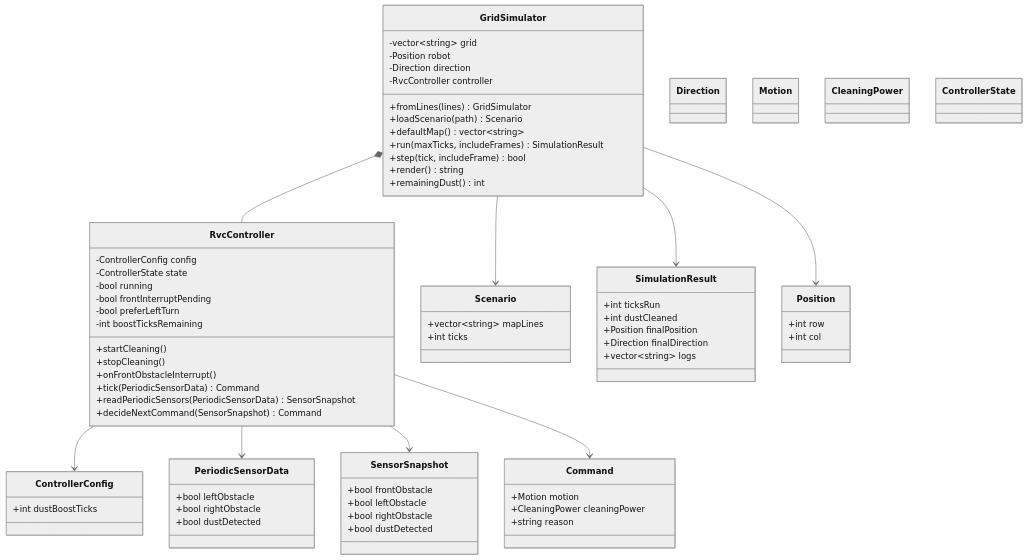
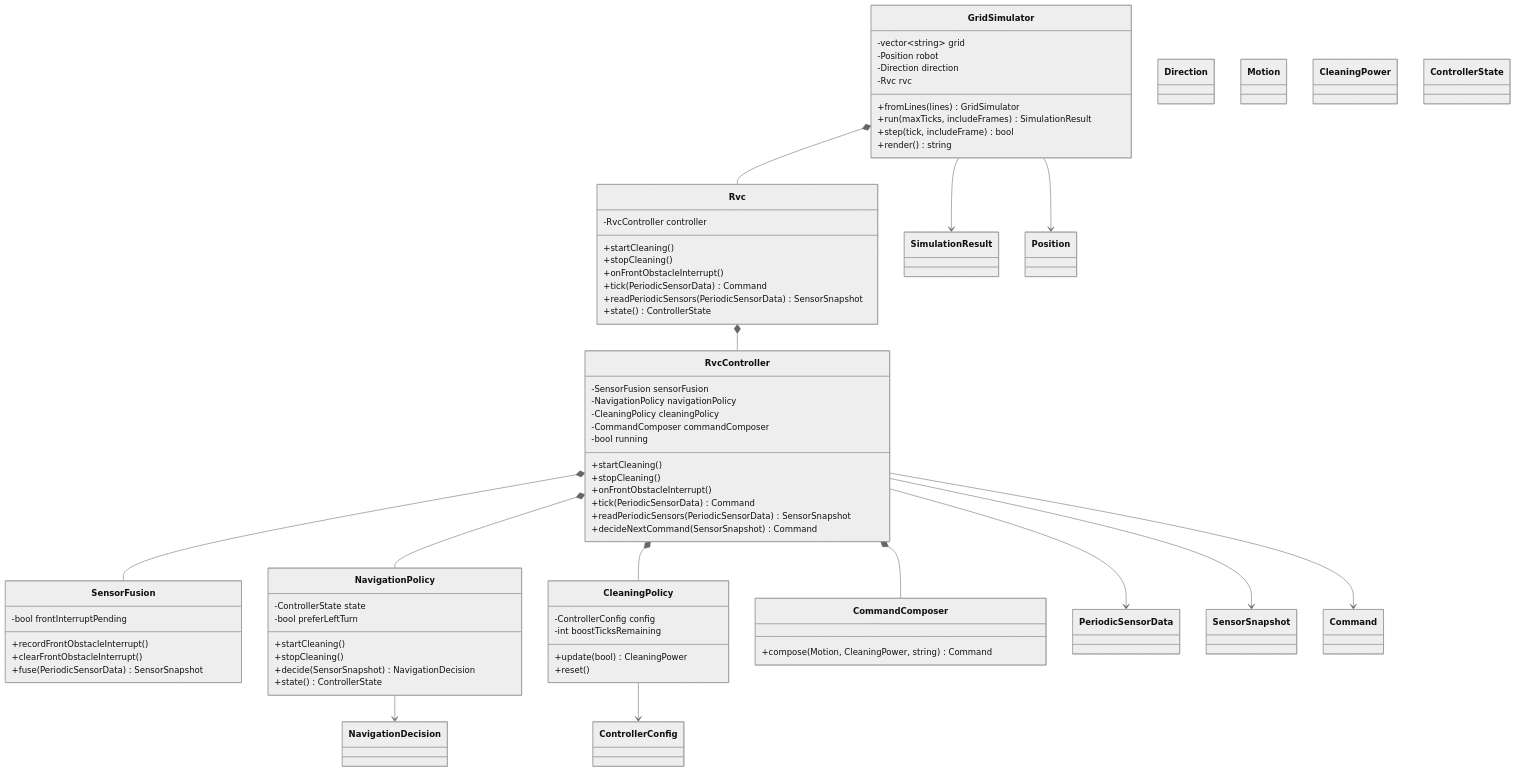
One commit to reload02/ooad-vibe changed the diagram in docs/ood_class_diagram.md. Above: the diagram before and after it, drawn with Mermaid (neutral theme). The commit also changed other lines of this file and 18 other files, not shown here.

First line of the commit message:
Refactor RVC architecture to enhance modularity and maintainability

````diff
--- a/docs/ood_class_diagram.md
+++ b/docs/ood_class_diagram.md
@@ -5,12 +5,21 @@
 ```mermaid
 classDiagram
+    class Rvc {
+        -RvcController controller
+        +startCleaning()
+        +stopCleaning()
+        +onFrontObstacleInterrupt()
+        +tick(PeriodicSensorData) Command
+        +readPeriodicSensors(PeriodicSensorData) SensorSnapshot
+        +state() ControllerState
+    }
+
     class RvcController {
-        -ControllerConfig config
-        -ControllerState state
+        -SensorFusion sensorFusion
+        -NavigationPolicy navigationPolicy
+        -CleaningPolicy cleaningPolicy
+        -CommandComposer commandComposer
         -bool running
-        -bool frontInterruptPending
-        -bool preferLeftTurn
-        -int boostTicksRemaining
         +startCleaning()
         +stopCleaning()
         +onFrontObstacleInterrupt()
@@ -19,72 +28,67 @@
         +decideNextCommand(SensorSnapshot) Command
     }
 
-    class ControllerConfig {
-        +int dustBoostTicks
+    class SensorFusion {
+        -bool frontInterruptPending
+        +recordFrontObstacleInterrupt()
+        +clearFrontObstacleInterrupt()
+        +fuse(PeriodicSensorData) SensorSnapshot
     }
 
-    class PeriodicSensorData {
-        +bool leftObstacle
-        +bool rightObstacle
-        +bool dustDetected
+    class NavigationPolicy {
+        -ControllerState state
+        -bool preferLeftTurn
+        +startCleaning()
+        +stopCleaning()
+        +decide(SensorSnapshot) NavigationDecision
+        +state() ControllerState
     }
 
-    class SensorSnapshot {
-        +bool frontObstacle
-        +bool leftObstacle
-        +bool rightObstacle
-        +bool dustDetected
+    class CleaningPolicy {
+        -ControllerConfig config
+        -int boostTicksRemaining
+        +update(bool) CleaningPower
+        +reset()
     }
 
-    class Command {
-        +Motion motion
-        +CleaningPower cleaningPower
-        +string reason
+    class CommandComposer {
+        +compose(Motion, CleaningPower, string) Command
     }
 
     class GridSimulator {
         -vector~string~ grid
         -Position robot
         -Direction direction
-        -RvcController controller
+        -Rvc rvc
         +fromLines(lines) GridSimulator
-        +loadScenario(path) Scenario
-        +defaultMap() vector~string~
         +run(maxTicks, includeFrames) SimulationResult
         +step(tick, includeFrame) bool
         +render() string
-        +remainingDust() int
     }
 
-    class Scenario {
-        +vector~string~ mapLines
-        +int ticks
-    }
-
-    class SimulationResult {
-        +int ticksRun
-        +int dustCleaned
-        +Position finalPosition
-        +Direction finalDirection
-        +vector~string~ logs
-    }
-
-    class Position {
-        +int row
-        +int col
-    }
-
+    class PeriodicSensorData
+    class SensorSnapshot
+    class NavigationDecision
+    class Command
+    class ControllerConfig
+    class SimulationResult
+    class Position
     class Direction
     class Motion
     class CleaningPower
     class ControllerState
 
-    RvcController --> ControllerConfig
+    Rvc *-- RvcController
+    RvcController *-- SensorFusion
+    RvcController *-- NavigationPolicy
+    RvcController *-- CleaningPolicy
+    RvcController *-- CommandComposer
     RvcController --> PeriodicSensorData
     RvcController --> SensorSnapshot
     RvcController --> Command
-    GridSimulator *-- RvcController
-    GridSimulator --> Scenario
+    NavigationPolicy --> NavigationDecision
+    CleaningPolicy --> ControllerConfig
+    GridSimulator *-- Rvc
+    GridSimulator --> Position
     GridSimulator --> SimulationResult
-    GridSimulator --> Position
 ```
````
